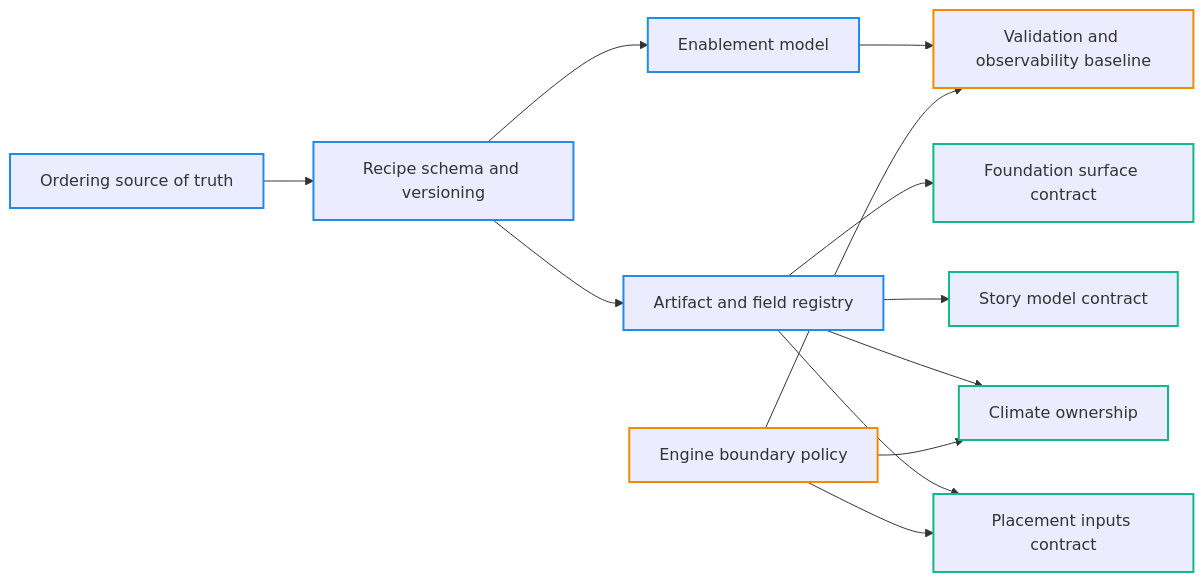
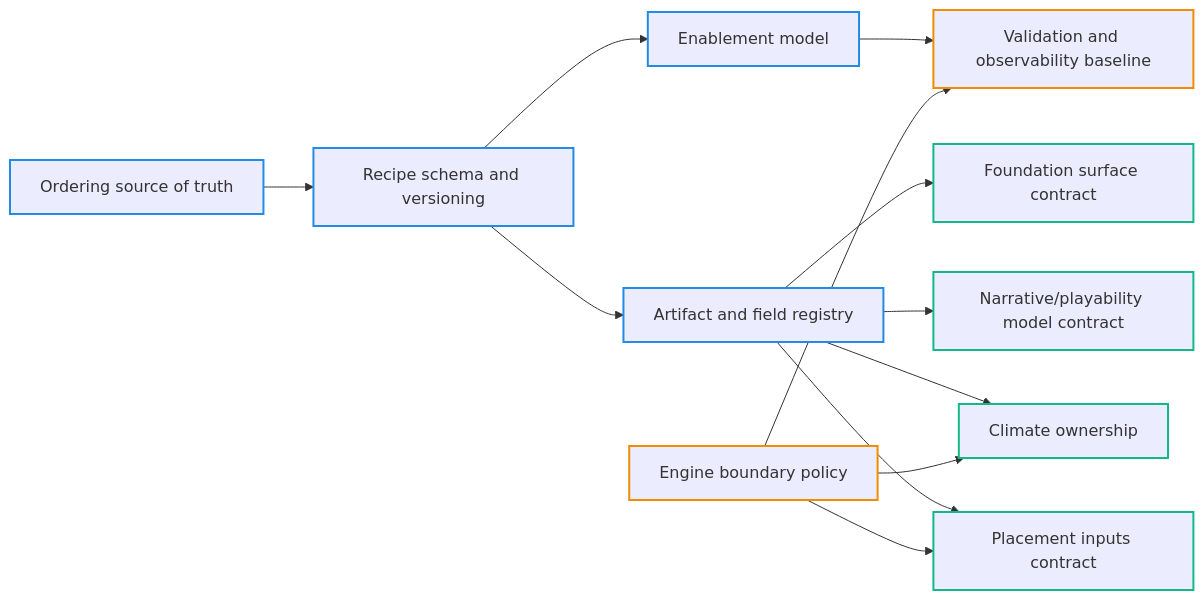
Before and after one commit to mateicanavra/civ7-modding-tools-fork: the diagram in docs/projects/engine-refactor-v1/resources/SPIKE-target-architecture-draft.md, drawn with Mermaid. The commit also changed other lines of this file and 3 other files, not shown here.

First line of the commit message:
docs(engine-refactor): update deferrals and M4 milestone with accepted architecture decisions (#155)

````diff
--- a/docs/projects/engine-refactor-v1/resources/SPIKE-target-architecture-draft.md
+++ b/docs/projects/engine-refactor-v1/resources/SPIKE-target-architecture-draft.md
@@ -70,51 +70,51 @@
 ```mermaid
 flowchart LR
   %% Category (stroke) colors
   classDef spine stroke:#228be6,stroke-width:2px
   classDef boundary stroke:#f08c00,stroke-width:2px
   classDef domain stroke:#12b886,stroke-width:2px
 
   %% Status (fill) colors
   classDef accepted fill:#d3f9d8,color:#0b5345
   classDef proposed fill:#fff3bf,color:#7f4f00
   classDef open fill:#f1f3f5,color:#343a40
 
   ordering["Ordering source of truth"]:::spine
   recipeSchema["Recipe schema and versioning"]:::spine
   enablement["Enablement model"]:::spine
   registry["Artifact and field registry"]:::spine
 
   engineBoundary["Engine boundary policy"]:::boundary
   observability["Validation and observability baseline"]:::boundary
 
   foundation["Foundation surface contract"]:::domain
-  story["Story model contract"]:::domain
+  story["Narrative/playability model contract"]:::domain
   climate["Climate ownership"]:::domain
   placement["Placement inputs contract"]:::domain
 
   ordering --> recipeSchema
   recipeSchema --> enablement
   recipeSchema --> registry
   registry --> foundation
   registry --> story
   registry --> climate
   registry --> placement
   engineBoundary --> climate
   engineBoundary --> placement
   enablement --> observability
   engineBoundary --> observability
 
   %% Apply current statuses (keep updated as decisions are accepted)
   class ordering spine,accepted
   class recipeSchema spine,accepted
   class enablement spine,accepted
   class registry spine,accepted
 
   class engineBoundary boundary,accepted
-  class observability boundary,open
+  class observability boundary,accepted
 
-  class foundation domain,open
-  class story domain,open
-  class climate domain,open
-  class placement domain,open
+  class foundation domain,accepted
+  class story domain,accepted
+  class climate domain,accepted
+  class placement domain,accepted
 ```
````
